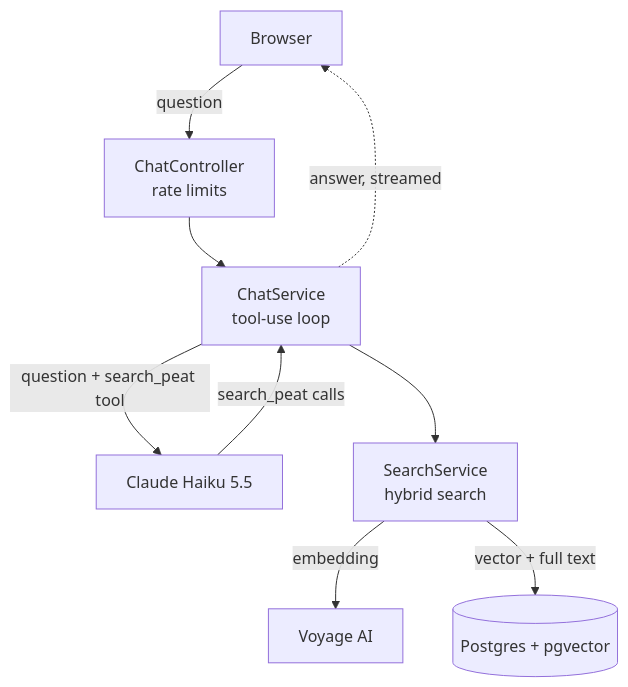
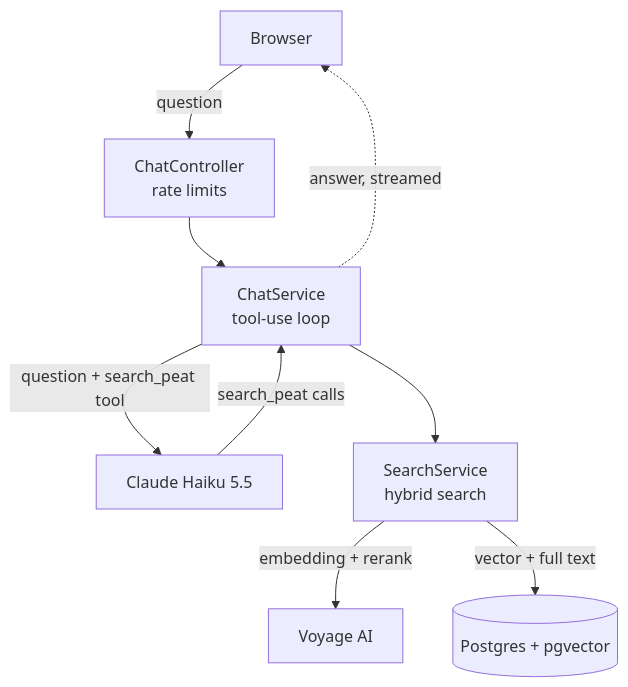
The first of 2 diagrams in README.md (javimp21/peatying), drawn with Mermaid before and after one commit. The commit also changed other lines of this file, not shown here.

````diff
--- a/README.md
+++ b/README.md
@@ -26,11 +26,11 @@
 ```mermaid
 flowchart TD
     U[Browser] -->|question| C[ChatController<br/>rate limits]
     C --> S[ChatService<br/>tool-use loop]
     S -->|question + search_peat tool| A[Claude Haiku 5.5]
     A -->|search_peat calls| S
     S --> H[SearchService<br/>hybrid search]
-    H -->|embedding| V[Voyage AI]
+    H -->|embedding + rerank| V[Voyage AI]
     H -->|vector + full text| P[(Postgres + pgvector)]
     S -.->|answer, streamed| U
 ```
````
